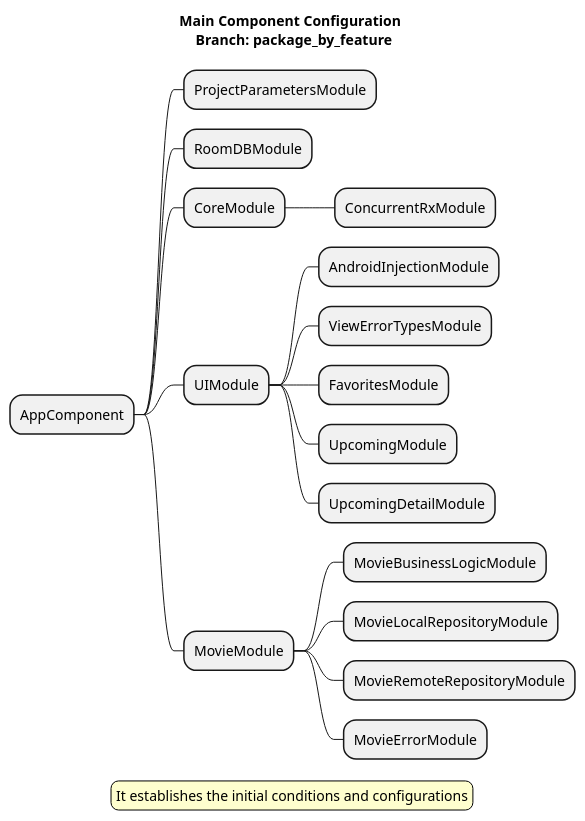
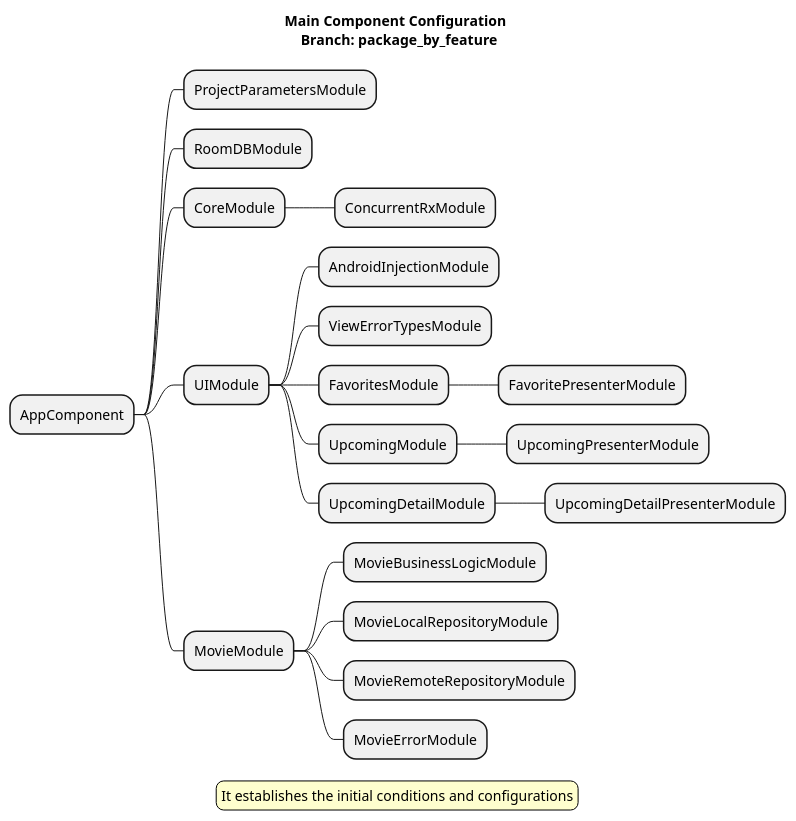
Before and after one commit to vanskarner/CleanMovie: the diagram in architecture_resources/branches/byFeature/MainComponentConfiguration.puml, drawn with PlantUML.

Commit message:
updating diagrams byFeature

```diff
--- a/architecture_resources/branches/byFeature/MainComponentConfiguration.puml
+++ b/architecture_resources/branches/byFeature/MainComponentConfiguration.puml
@@ -1,26 +1,29 @@
 @startmindmap
 
 title Main Component Configuration \n Branch: package_by_feature
 * AppComponent
 ** ProjectParametersModule
 ** RoomDBModule
 ** CoreModule
 *** ConcurrentRxModule
 ** UIModule
 *** AndroidInjectionModule
 *** ViewErrorTypesModule
 *** FavoritesModule
+**** FavoritePresenterModule
 *** UpcomingModule
+**** UpcomingPresenterModule
 *** UpcomingDetailModule
+**** UpcomingDetailPresenterModule
 ** MovieModule
 *** MovieBusinessLogicModule
 *** MovieLocalRepositoryModule
 *** MovieRemoteRepositoryModule
 *** MovieErrorModule
 
 legend
 It establishes the initial conditions and configurations
 end legend
 
 skinparam legendBackgroundColor #FEFECE
 @endmindmap
```
